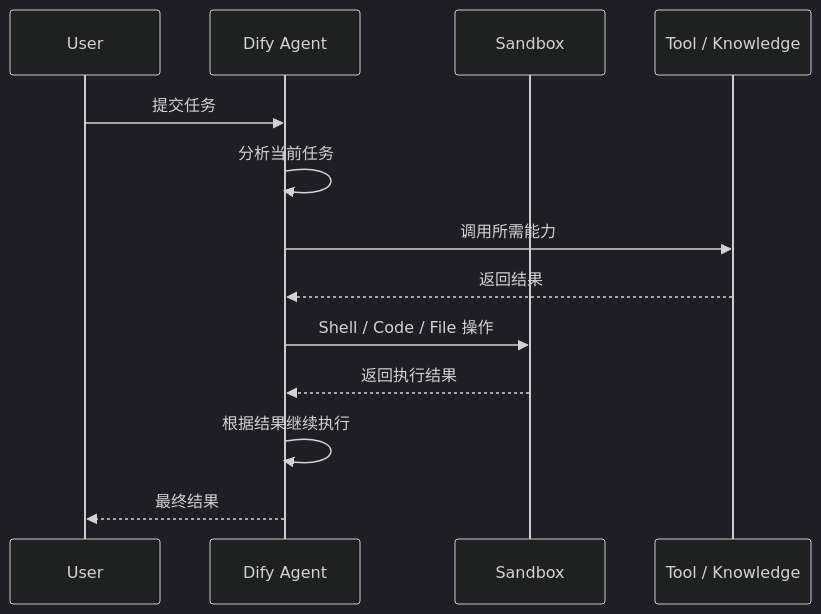
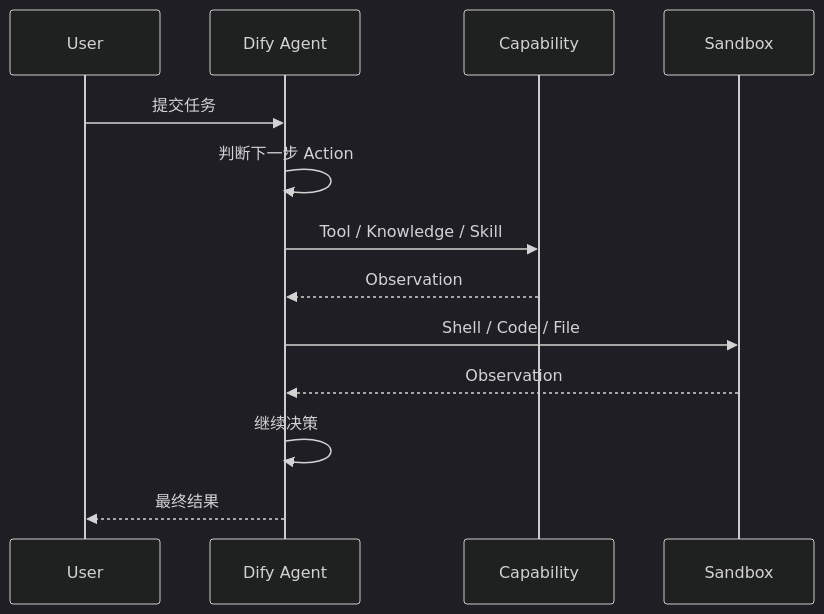
Before and after one commit to sgfd-ui/internship: the eighth of 10 diagrams in weekly-report/dify-1.17-core-capabilities-research.md, drawn with Mermaid (dark theme). The commit also changed other lines of this file, not shown here.

````diff
--- a/weekly-report/dify-1.17-core-capabilities-research.md
+++ b/weekly-report/dify-1.17-core-capabilities-research.md
@@ -153,16 +258,16 @@
 ```mermaid
 sequenceDiagram
     participant U as User
     participant A as Dify Agent
+    participant C as Capability
     participant S as Sandbox
-    participant T as Tool / Knowledge
 
     U->>A: 提交任务
-    A->>A: 分析当前任务
-    A->>T: 调用所需能力
-    T-->>A: 返回结果
-    A->>S: Shell / Code / File 操作
-    S-->>A: 返回执行结果
-    A->>A: 根据结果继续执行
+    A->>A: 判断下一步 Action
+    A->>C: Tool / Knowledge / Skill
+    C-->>A: Observation
+    A->>S: Shell / Code / File
+    S-->>A: Observation
+    A->>A: 继续决策
     A-->>U: 最终结果
 ```
````
